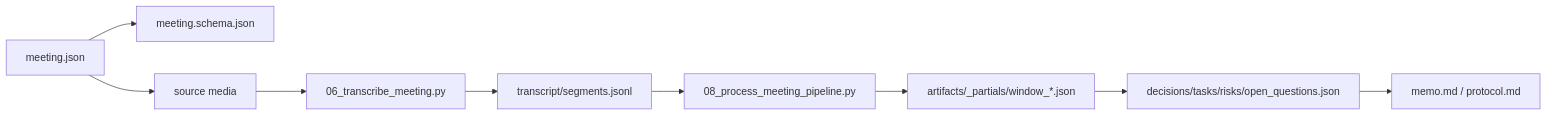
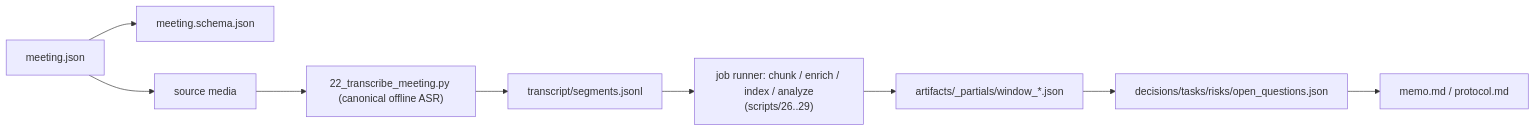
Before and after one commit to Anatoliy-Sysoev/MeetingAgent: the fourth of 6 diagrams in docs/architecture/TECHNICAL_FILE_RELATIONSHIPS.md, drawn with Mermaid. The commit also changed other lines of this file and 6 other files, not shown here.

First line of the commit message:
Clean up stale docs and roadmap drift

````diff
--- a/docs/architecture/TECHNICAL_FILE_RELATIONSHIPS.md
+++ b/docs/architecture/TECHNICAL_FILE_RELATIONSHIPS.md
@@ -69,11 +71,11 @@
 ```mermaid
 flowchart LR
     MeetingJson["meeting.json"] --> Schema["meeting.schema.json"]
     MeetingJson --> Source["source media"]
-    Source --> Transcribe["06_transcribe_meeting.py"]
+    Source --> Transcribe["22_transcribe_meeting.py (canonical offline ASR)"]
     Transcribe --> Segments["transcript/segments.jsonl"]
-    Segments --> Pipeline["08_process_meeting_pipeline.py"]
+    Segments --> Pipeline["job runner: chunk / enrich / index / analyze\n(scripts/26..29)"]
     Pipeline --> Partials["artifacts/_partials/window_*.json"]
     Partials --> FinalJson["decisions/tasks/risks/open_questions.json"]
     FinalJson --> Markdown["memo.md / protocol.md"]
 ```
````
